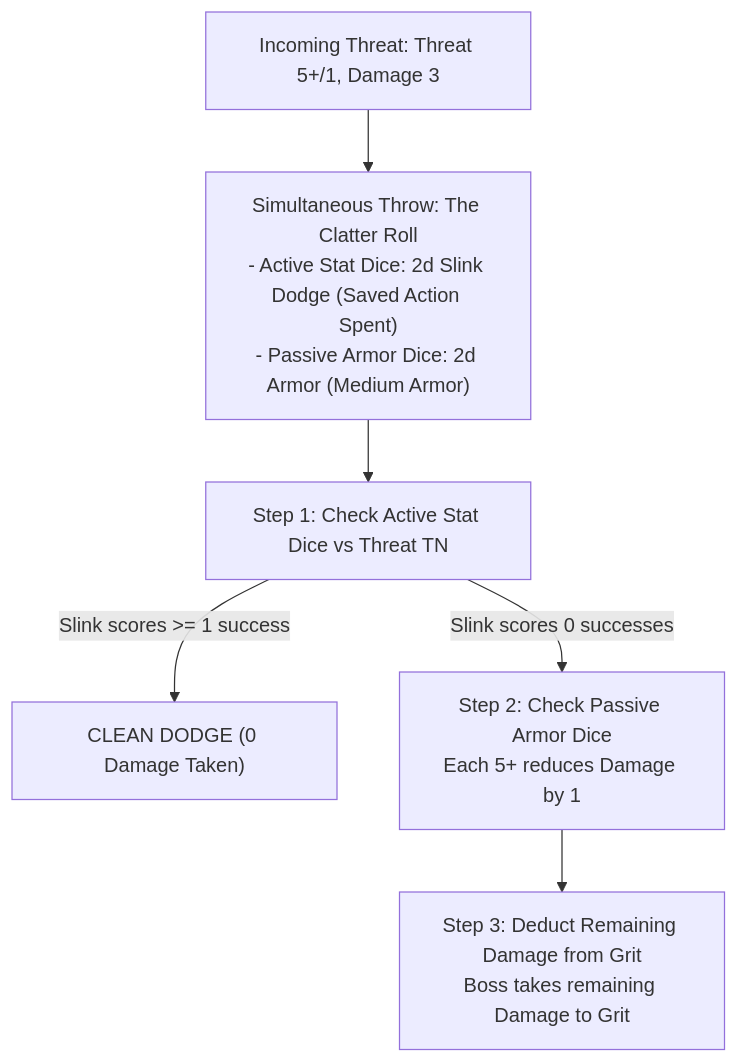
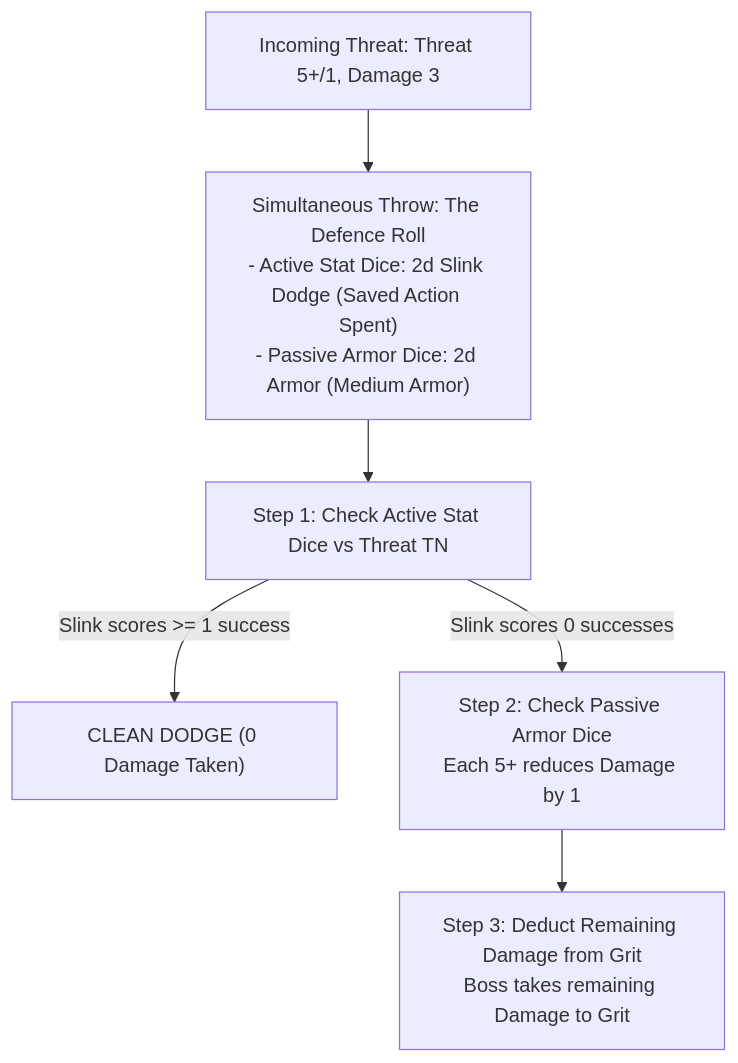
One commit to antedev/gobbos changed the third of 3 diagrams in 02_PROD_Core_Rules/05_Combat_Engine.md. Above: the diagram before and after it, drawn with Mermaid. The commit also changed other lines of this file and 46 other files, not shown here.

Commit message:
Standardize system terminology: Feats, Components, Flaws, Defence Roll, Boss Relics, Binding, Overload

````diff
--- a/02_PROD_Core_Rules/05_Combat_Engine.md
+++ b/02_PROD_Core_Rules/05_Combat_Engine.md
@@ -242,8 +242,8 @@
 ```mermaid
 flowchart TD
-    I["Incoming Threat: Threat 5+/1, Damage 3"] --> T["Simultaneous Throw: The Clatter Roll<br>- Active Stat Dice: 2d Slink Dodge (Saved Action Spent)<br>- Passive Armor Dice: 2d Armor (Medium Armor)"]
+    I["Incoming Threat: Threat 5+/1, Damage 3"] --> T["Simultaneous Throw: The Defence Roll<br>- Active Stat Dice: 2d Slink Dodge (Saved Action Spent)<br>- Passive Armor Dice: 2d Armor (Medium Armor)"]
     T --> S1["Step 1: Check Active Stat Dice vs Threat TN"]
     S1 -->|Slink scores >= 1 success| CD["CLEAN DODGE (0 Damage Taken)"]
     S1 -->|Slink scores 0 successes| S2["Step 2: Check Passive Armor Dice<br>Each 5+ reduces Damage by 1"]
     S2 --> S3["Step 3: Deduct Remaining Damage from Grit<br>Boss takes remaining Damage to Grit"]
 ```
````
